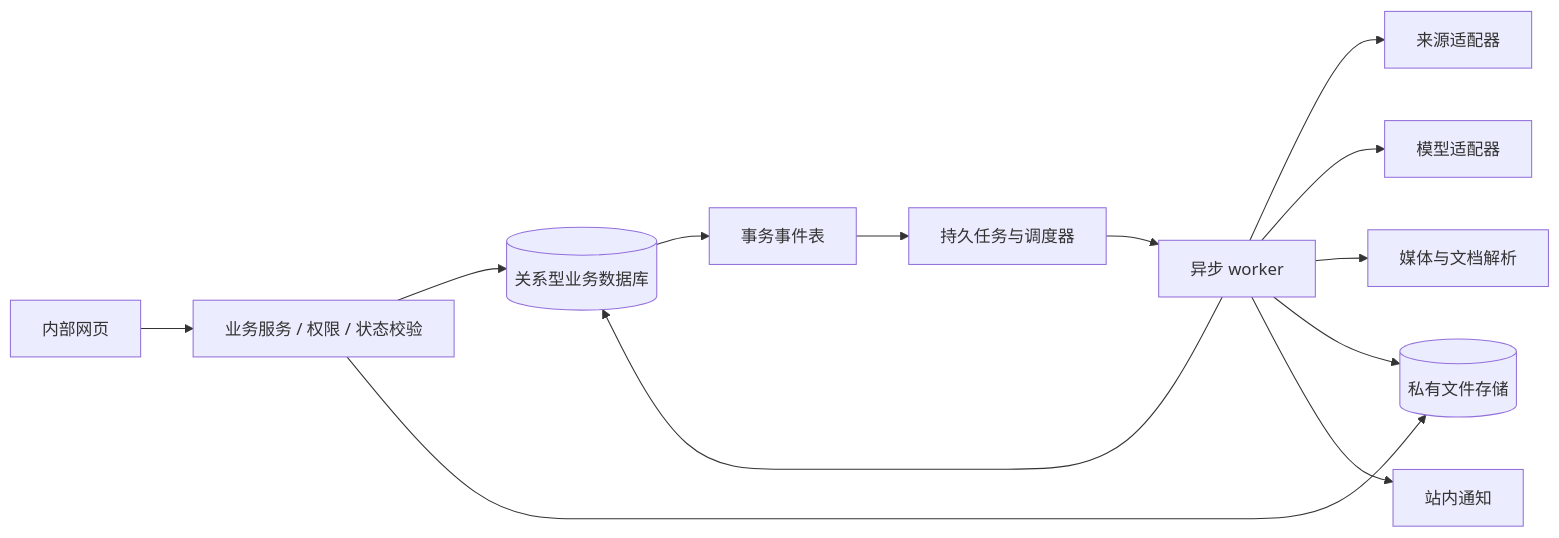
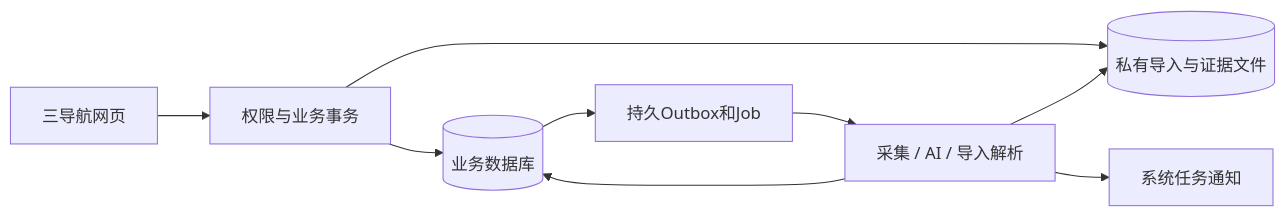
Before and after one commit to codeBeforeBC/social-media-ops-platform: the diagram in docs/yoyo-workbench-v1.0/04-系统架构与非功能要求.md, drawn with Mermaid. The commit also changed other lines of this file and 31 other files, not shown here.

````diff
--- a/docs/yoyo-workbench-v1.0/04-系统架构与非功能要求.md
+++ b/docs/yoyo-workbench-v1.0/04-系统架构与非功能要求.md
@@ -9,15 +7,11 @@
 ```mermaid
 flowchart LR
-  UI[内部网页] --> API[业务服务 / 权限 / 状态校验]
-  API --> DB[(关系型业务数据库)]
-  API --> STORE[(私有文件存储)]
-  DB --> OUTBOX[事务事件表]
-  OUTBOX --> JOBS[持久任务与调度器]
-  JOBS --> WORKER[异步 worker]
-  WORKER --> COLLECT[来源适配器]
-  WORKER --> AI[模型适配器]
-  WORKER --> MEDIA[媒体与文档解析]
+  UI[三导航网页] --> API[权限与业务事务]
+  API --> DB[(业务数据库)]
+  API --> FILES[(私有导入与证据文件)]
+  DB --> OUTBOX[持久Outbox和Job]
+  OUTBOX --> WORKER[采集 / AI / 导入解析]
   WORKER --> DB
-  WORKER --> STORE
-  WORKER --> NOTICE[站内通知]
+  WORKER --> FILES
+  WORKER --> NOTICE[系统任务通知]
 ```
````
